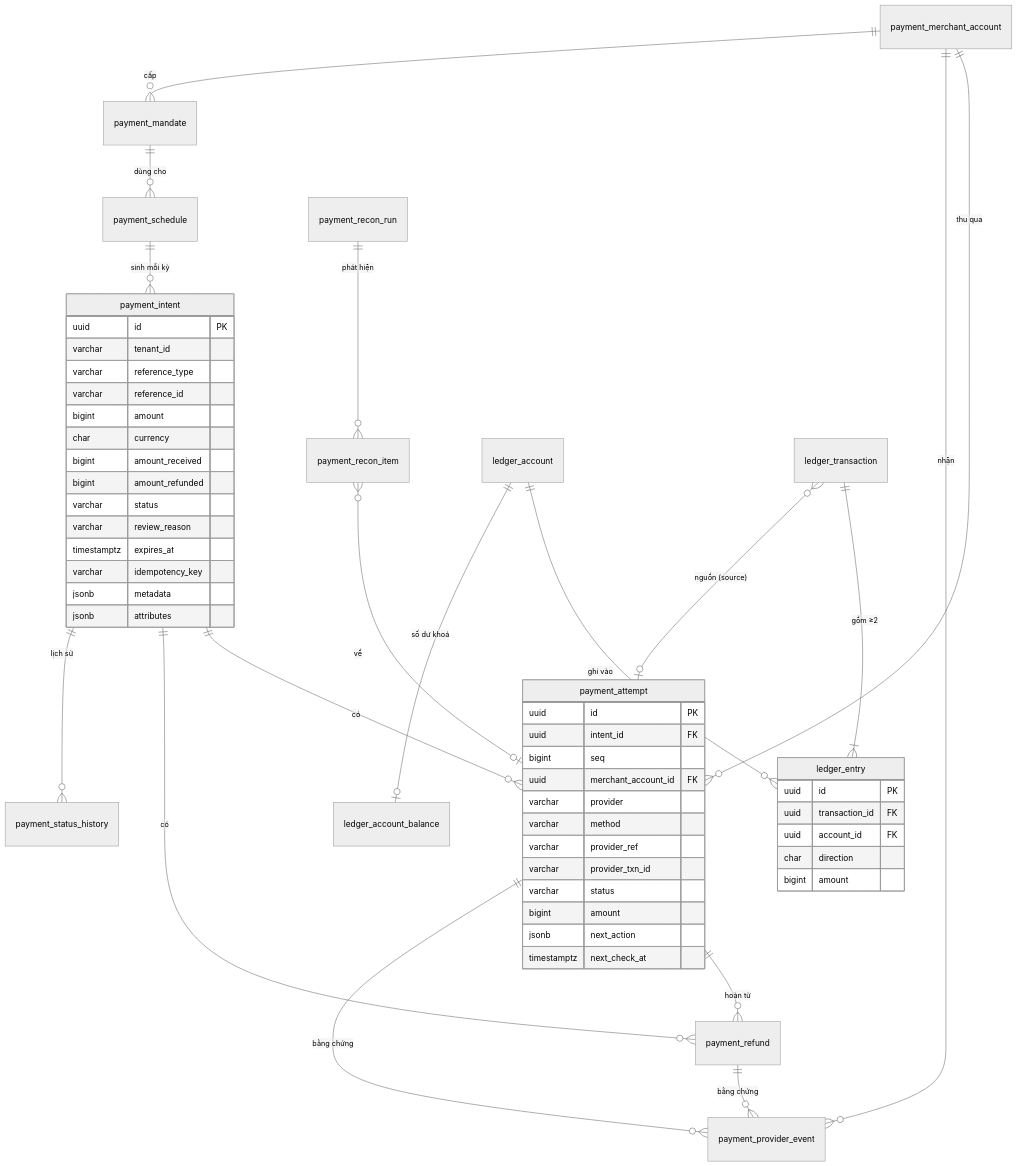
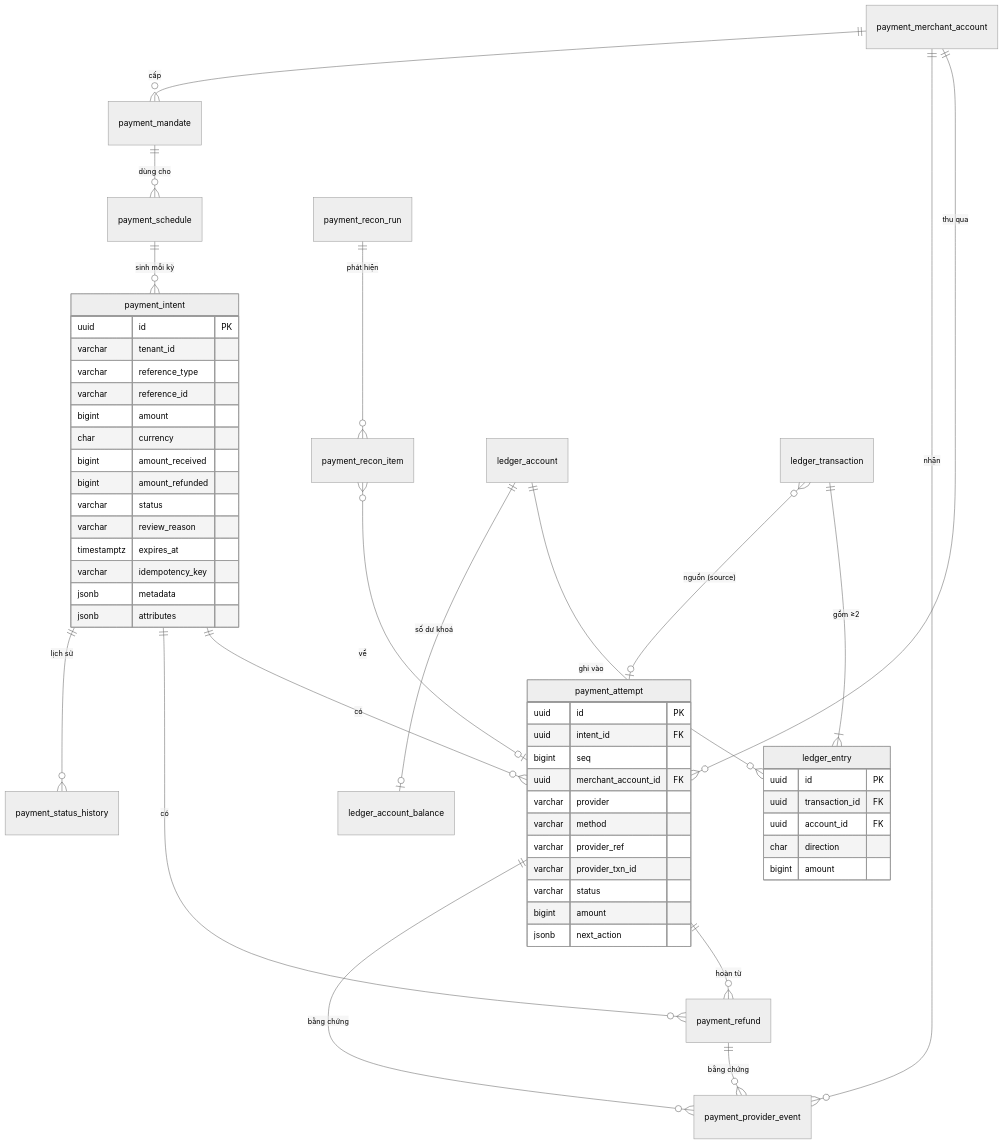
The sixth of 6 diagrams in docs/design/payment.md (vyforge/.github), drawn with Mermaid (neutral theme) before and after one commit. The commit also changed other lines of this file, not shown here.

Commit message:
docs(design): payment design review changes (platform SecretCipher, StarterSchemaMigrator, DurableTaskQueue, Stripe and tokens in 0.13)

````diff
--- a/docs/design/payment.md
+++ b/docs/design/payment.md
@@ -428,58 +437,57 @@
 ```mermaid
 erDiagram
     payment_merchant_account ||--o{ payment_attempt : "thu qua"
     payment_merchant_account ||--o{ payment_provider_event : "nhận"
     payment_merchant_account ||--o{ payment_mandate : "cấp"
     payment_intent ||--o{ payment_attempt : "có"
     payment_intent ||--o{ payment_refund : "có"
     payment_attempt ||--o{ payment_refund : "hoàn từ"
     payment_attempt ||--o{ payment_provider_event : "bằng chứng"
     payment_refund ||--o{ payment_provider_event : "bằng chứng"
     payment_intent ||--o{ payment_status_history : "lịch sử"
     payment_mandate ||--o{ payment_schedule : "dùng cho"
     payment_schedule ||--o{ payment_intent : "sinh mỗi kỳ"
     payment_recon_run ||--o{ payment_recon_item : "phát hiện"
     payment_recon_item }o--o| payment_attempt : "về"
     ledger_account ||--o{ ledger_entry : "ghi vào"
     ledger_transaction ||--|{ ledger_entry : "gồm ≥2"
     ledger_account ||--o| ledger_account_balance : "số dư khoá"
     ledger_transaction }o--o| payment_attempt : "nguồn (source)"
 
     payment_intent {
         uuid id PK
         varchar tenant_id
         varchar reference_type
         varchar reference_id
         bigint amount
         char currency
         bigint amount_received
         bigint amount_refunded
         varchar status
         varchar review_reason
         timestamptz expires_at
         varchar idempotency_key
         jsonb metadata
         jsonb attributes
     }
     payment_attempt {
         uuid id PK
         uuid intent_id FK
         bigint seq
         uuid merchant_account_id FK
         varchar provider
         varchar method
         varchar provider_ref
         varchar provider_txn_id
         varchar status
         bigint amount
         jsonb next_action
-        timestamptz next_check_at
     }
     ledger_entry {
         uuid id PK
         uuid transaction_id FK
         uuid account_id FK
         char direction
         bigint amount
     }
 ```
````
